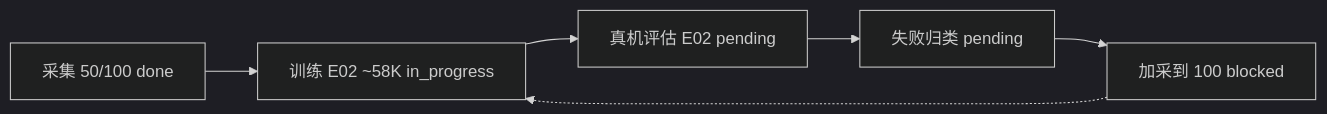
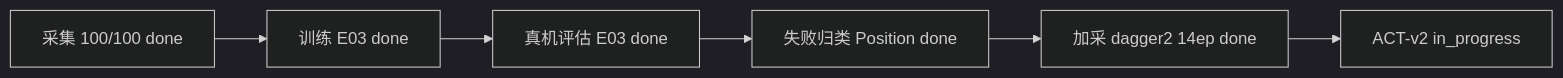
Before and after one commit to wjl110/Reall2Policy: the sixth of 6 diagrams in lab-log/charts.md, drawn with Mermaid (dark theme). The commit also changed other lines of this file and 30 other files, not shown here.

````diff
--- a/lab-log/charts.md
+++ b/lab-log/charts.md
@@ -123,15 +83,8 @@
 ```mermaid
-
 flowchart LR
-
-    A["采集 50/100 done"] --> B["训练 E02 ~58K in_progress"]
-
-    B --> C["真机评估 E02 pending"]
-
-    C --> D["失败归类 pending"]
-
-    D --> E["加采到 100 blocked"]
-
-    E -.-> B
-
+    A["采集 100/100 done"] --> B["训练 E03 done"]
+    B --> C["真机评估 E03 done"]
+    C --> D["失败归类 Position done"]
+    D --> E["加采 dagger2 14ep done"]
+    E --> F["ACT-v2 in_progress"]
 ```
````
